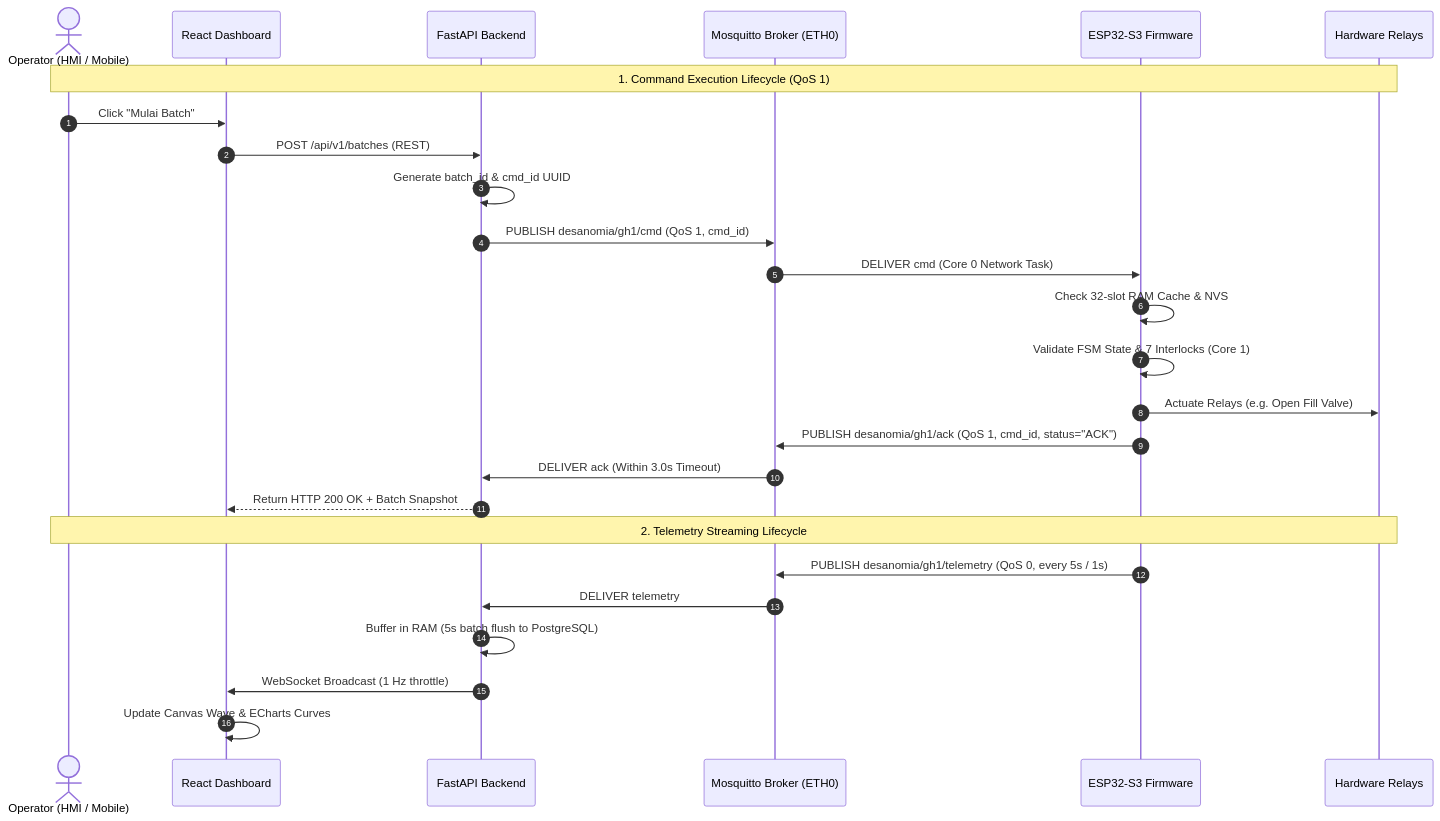
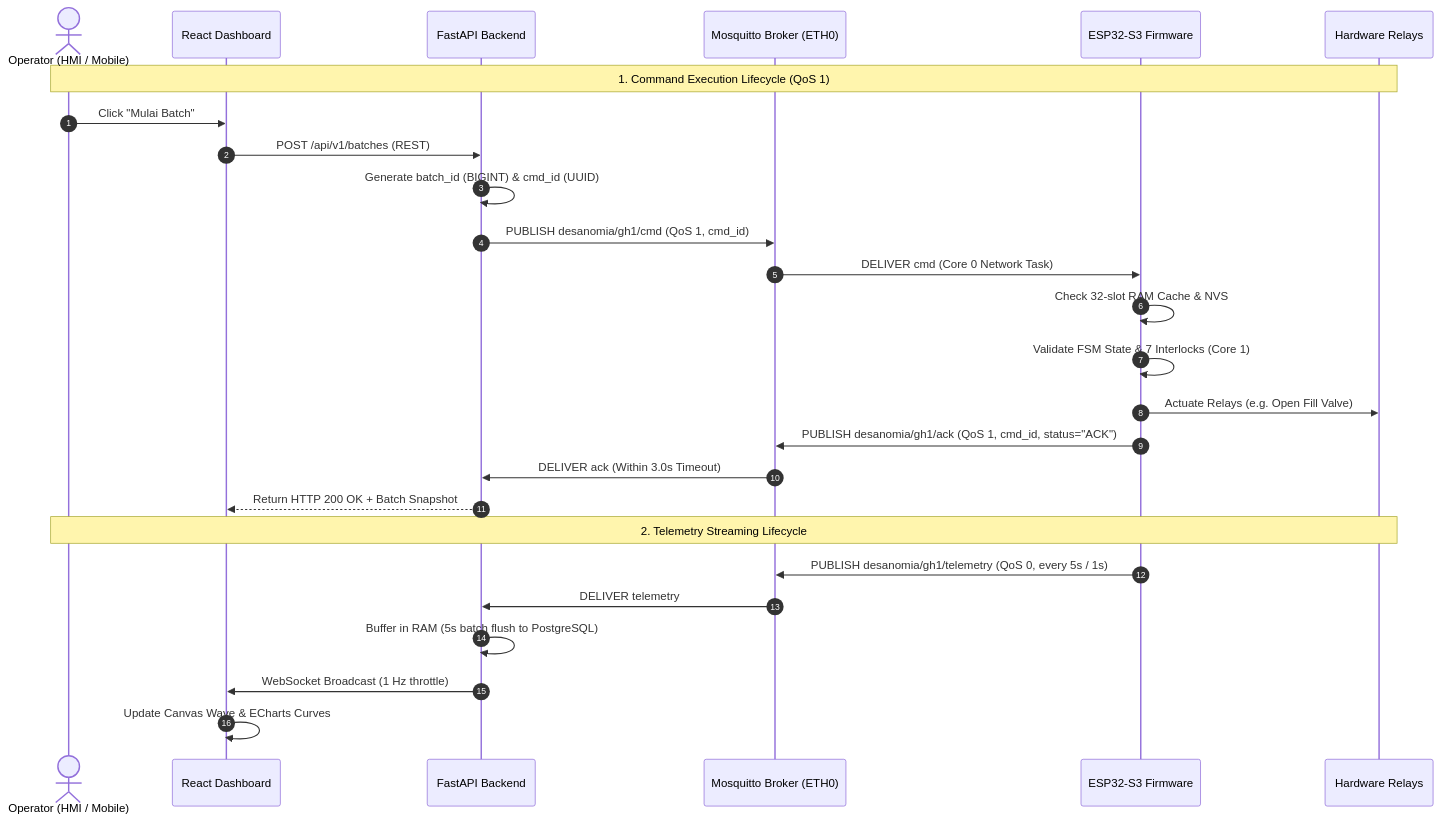
Before and after one commit to imFreed0m/desanomia: the third of 3 diagrams in brain/05_ARCHITECTURE.md, drawn with Mermaid. The commit also changed other lines of this file and 18 other files, not shown here.

````diff
--- a/brain/05_ARCHITECTURE.md
+++ b/brain/05_ARCHITECTURE.md
@@ -257,30 +258,30 @@
 ```mermaid
 sequenceDiagram
   autonumber
   actor Op as Operator (HMI / Mobile)
   participant UI as React Dashboard
   participant API as FastAPI Backend
   participant Brk as Mosquitto Broker (ETH0)
   participant ESP as ESP32-S3 Firmware
   participant Relays as Hardware Relays
 
   Note over Op,Relays: 1. Command Execution Lifecycle (QoS 1)
   Op->>UI: Click "Mulai Batch"
   UI->>API: POST /api/v1/batches (REST)
-  API->>API: Generate batch_id & cmd_id UUID
+  API->>API: Generate batch_id (BIGINT) & cmd_id (UUID)
   API->>Brk: PUBLISH desanomia/gh1/cmd (QoS 1, cmd_id)
   Brk->>ESP: DELIVER cmd (Core 0 Network Task)
   ESP->>ESP: Check 32-slot RAM Cache & NVS
   ESP->>ESP: Validate FSM State & 7 Interlocks (Core 1)
   ESP->>Relays: Actuate Relays (e.g. Open Fill Valve)
   ESP->>Brk: PUBLISH desanomia/gh1/ack (QoS 1, cmd_id, status="ACK")
   Brk->>API: DELIVER ack (Within 3.0s Timeout)
   API-->>UI: Return HTTP 200 OK + Batch Snapshot
 
   Note over Op,Relays: 2. Telemetry Streaming Lifecycle
   ESP->>Brk: PUBLISH desanomia/gh1/telemetry (QoS 0, every 5s / 1s)
   Brk->>API: DELIVER telemetry
   API->>API: Buffer in RAM (5s batch flush to PostgreSQL)
   API->>UI: WebSocket Broadcast (1 Hz throttle)
   UI->>UI: Update Canvas Wave & ECharts Curves
 ```
````
